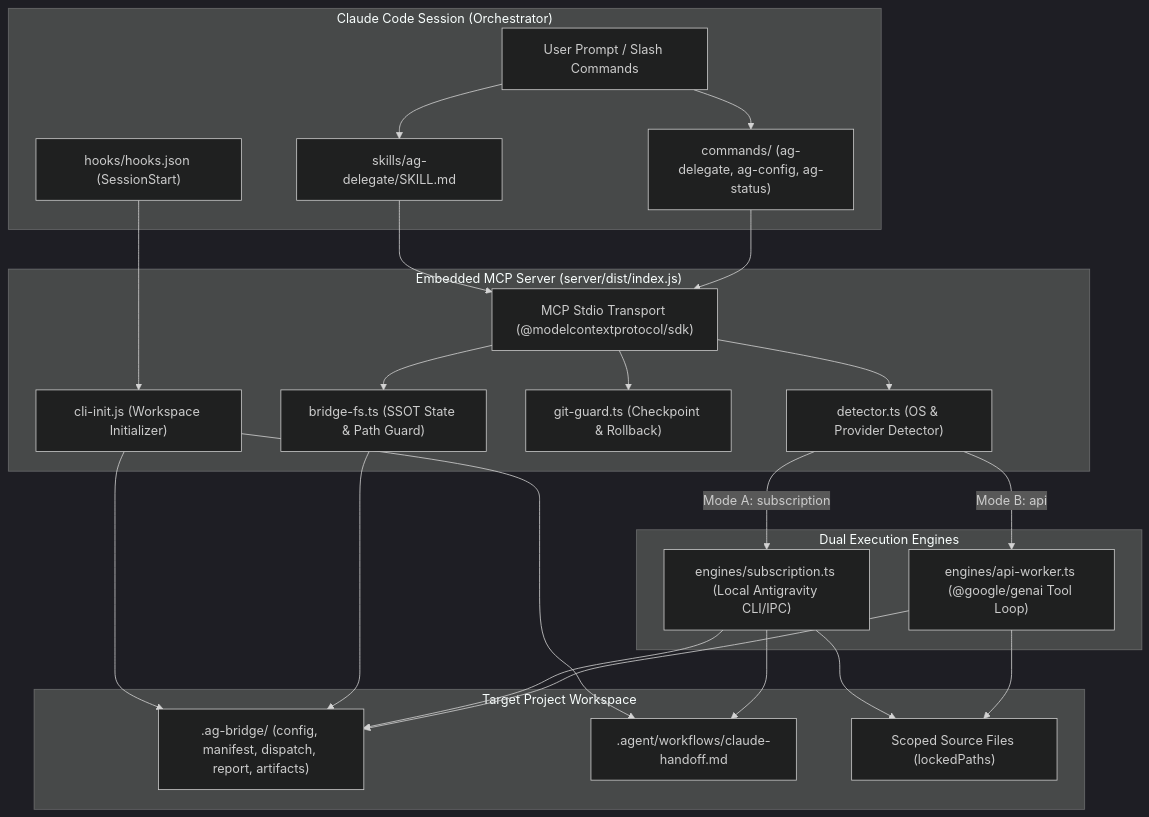
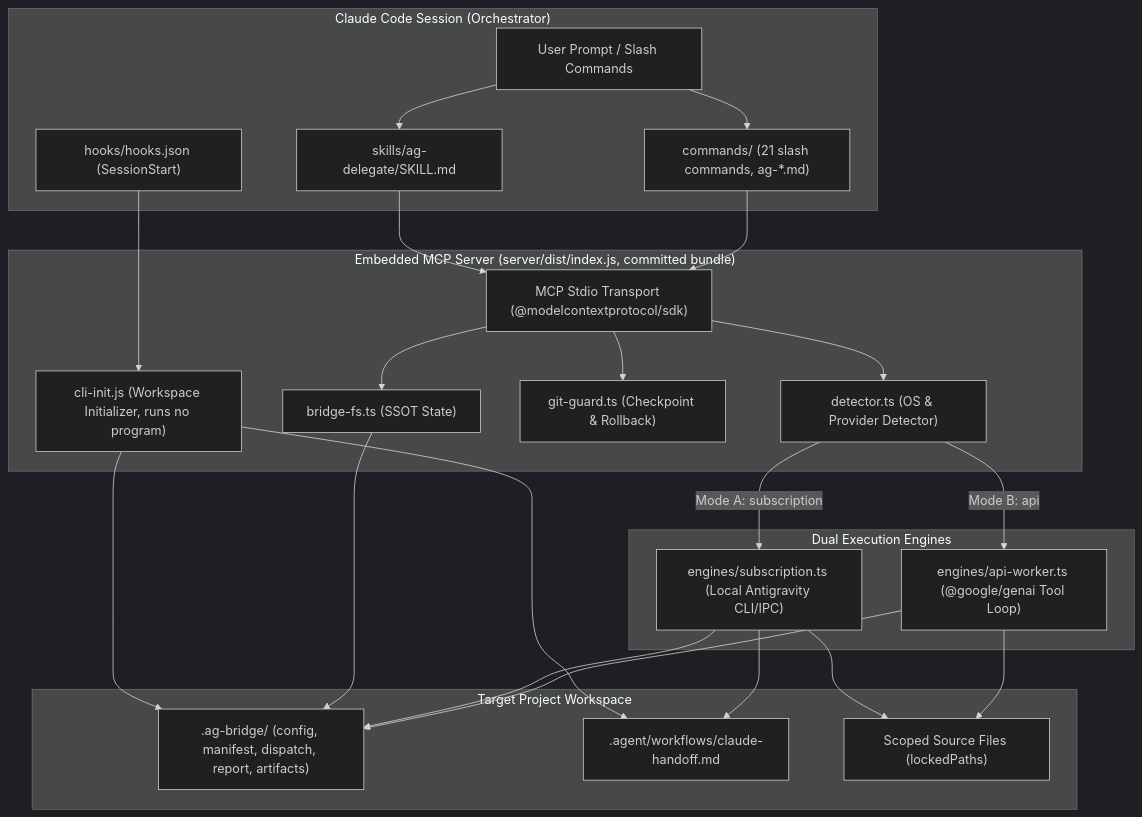
The first of 2 diagrams in docs/02-architecture/system-architecture.md (xzawed/claude-antigravity-plugin), drawn with Mermaid (dark theme) before and after one commit. The commit also changed other lines of this file and 3 other files, not shown here.

````diff
--- a/docs/02-architecture/system-architecture.md
+++ b/docs/02-architecture/system-architecture.md
@@ -17,50 +17,50 @@
 ```mermaid
 flowchart TD
     subgraph ClaudeLayer["Claude Code Session (Orchestrator)"]
         UI["User Prompt / Slash Commands"]
         SKILL["skills/ag-delegate/SKILL.md"]
-        CMD["commands/ (ag-delegate, ag-config, ag-status)"]
+        CMD["commands/ (21 slash commands, ag-*.md)"]
         HOOK["hooks/hooks.json (SessionStart)"]
     end
 
-    subgraph PluginServer["Embedded MCP Server (server/dist/index.js)"]
+    subgraph PluginServer["Embedded MCP Server (server/dist/index.js, committed bundle)"]
         MCP["MCP Stdio Transport (@modelcontextprotocol/sdk)"]
-        INIT["cli-init.js (Workspace Initializer)"]
+        INIT["cli-init.js (Workspace Initializer, runs no program)"]
         DET["detector.ts (OS & Provider Detector)"]
         GIT["git-guard.ts (Checkpoint & Rollback)"]
-        BFS["bridge-fs.ts (SSOT State & Path Guard)"]
+        BFS["bridge-fs.ts (SSOT State)"]
     end
 
     subgraph Engines["Dual Execution Engines"]
         SUB["engines/subscription.ts (Local Antigravity CLI/IPC)"]
         API["engines/api-worker.ts (@google/genai Tool Loop)"]
     end
 
     subgraph Workspace["Target Project Workspace"]
         BRIDGE[".ag-bridge/ (config, manifest, dispatch, report, artifacts)"]
         WF[".agent/workflows/claude-handoff.md"]
         CODE["Scoped Source Files (lockedPaths)"]
     end
 
     UI --> SKILL
     UI --> CMD
     SKILL --> MCP
     CMD --> MCP
     HOOK --> INIT
     INIT --> BRIDGE
     INIT --> WF
 
     MCP --> DET
     MCP --> GIT
     MCP --> BFS
     BFS --> BRIDGE
 
     DET -->|Mode A: subscription| SUB
     DET -->|Mode B: api| API
 
     SUB --> WF
     SUB --> BRIDGE
     SUB --> CODE
     API --> BRIDGE
     API --> CODE
 ```
````
